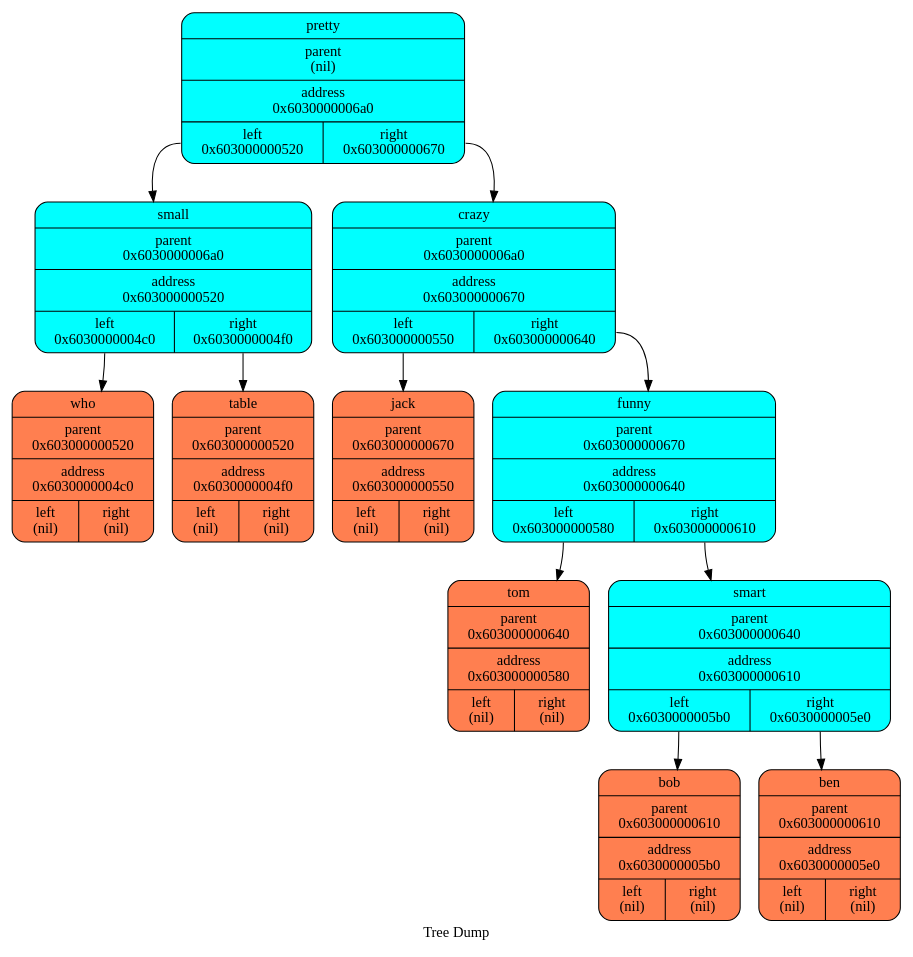
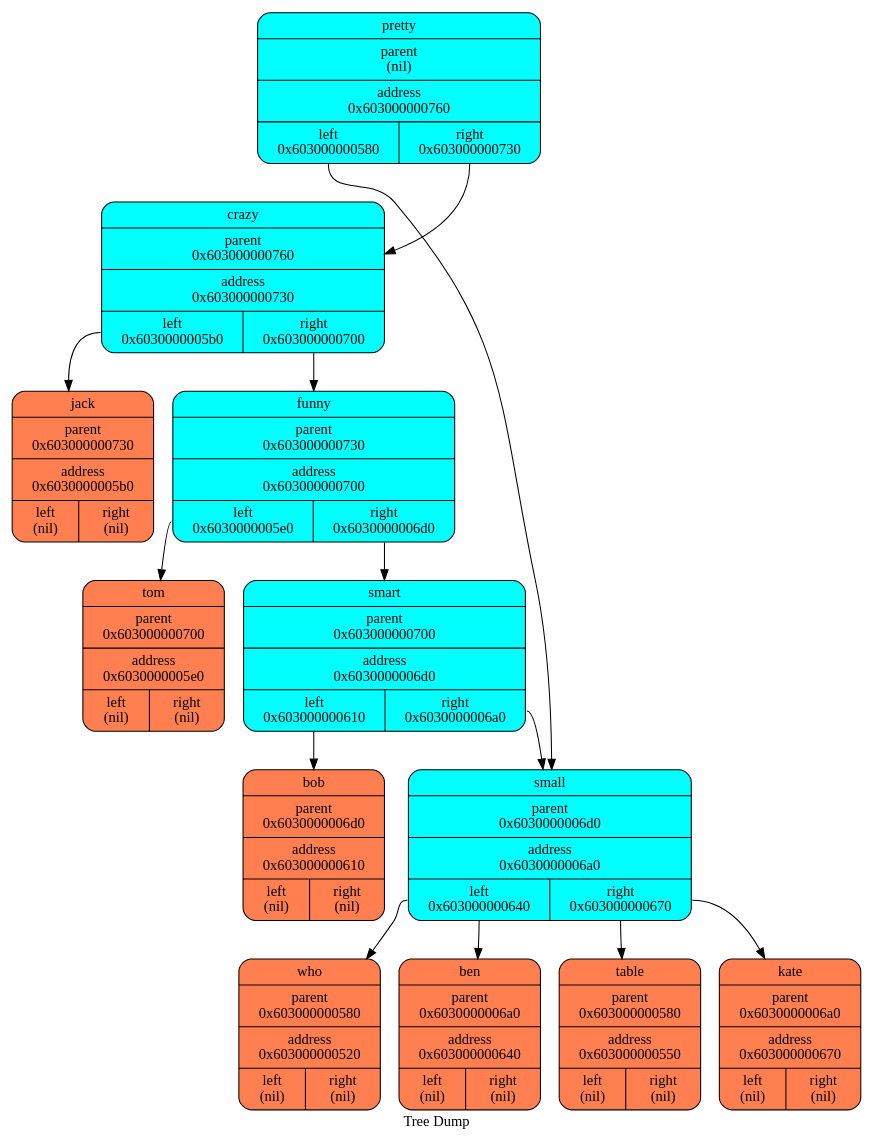
One commit to aidenfmunro/Akinator changed the diagram in log/dot/treegraph_1.dot. Above: the diagram before and after it, drawn with Graphviz. The commit also changed 6 other files, not shown here.

```diff
--- a/log/dot/treegraph_1.dot
+++ b/log/dot/treegraph_1.dot
@@ -1,27 +1,31 @@
   digraph tree  {
   node[   shape     = "Mrecord",  style     = "filled",  fillcolor = "aqua",  fontcolor = "#000000",  margin    = "0.075"];
   rankdir   = "TB";
 
   label     = "Tree Dump";
- "pretty" [shape = "Mrecord", label = "{<name>pretty | parent\n(nil) | <f0> address\n0x6030000006a0| {<left>left\n0x603000000520 | <right>right\n0x603000000670\n}}"];
+ "pretty" [shape = "Mrecord", label = "{<name>pretty | parent\n(nil) | <f0> address\n0x603000000760| {<left>left\n0x603000000580 | <right>right\n0x603000000730\n}}"];
   "pretty":left->"small";
- "small" [shape = "Mrecord", label = "{<name>small | parent\n0x6030000006a0 | <f0> address\n0x603000000520| {<left>left\n0x6030000004c0 | <right>right\n0x6030000004f0\n}}"];
+ "small" [shape = "Mrecord", label = "{<name>small | parent\n0x603000000760 | <f0> address\n0x603000000580| {<left>left\n0x603000000520 | <right>right\n0x603000000550\n}}"];
   "small":left->"who";
- "who" [shape = "Mrecord", fillcolor = "coral", label = "{<name>who | parent\n0x603000000520 | <f0> address\n0x6030000004c0| {<left>left\n(nil) | <right>right\n(nil)\n}}"];
+ "who" [shape = "Mrecord", fillcolor = "coral", label = "{<name>who | parent\n0x603000000580 | <f0> address\n0x603000000520| {<left>left\n(nil) | <right>right\n(nil)\n}}"];
   "small":right->"table";
- "table" [shape = "Mrecord", fillcolor = "coral", label = "{<name>table | parent\n0x603000000520 | <f0> address\n0x6030000004f0| {<left>left\n(nil) | <right>right\n(nil)\n}}"];
+ "table" [shape = "Mrecord", fillcolor = "coral", label = "{<name>table | parent\n0x603000000580 | <f0> address\n0x603000000550| {<left>left\n(nil) | <right>right\n(nil)\n}}"];
   "pretty":right->"crazy";
- "crazy" [shape = "Mrecord", label = "{<name>crazy | parent\n0x6030000006a0 | <f0> address\n0x603000000670| {<left>left\n0x603000000550 | <right>right\n0x603000000640\n}}"];
+ "crazy" [shape = "Mrecord", label = "{<name>crazy | parent\n0x603000000760 | <f0> address\n0x603000000730| {<left>left\n0x6030000005b0 | <right>right\n0x603000000700\n}}"];
   "crazy":left->"jack";
- "jack" [shape = "Mrecord", fillcolor = "coral", label = "{<name>jack | parent\n0x603000000670 | <f0> address\n0x603000000550| {<left>left\n(nil) | <right>right\n(nil)\n}}"];
+ "jack" [shape = "Mrecord", fillcolor = "coral", label = "{<name>jack | parent\n0x603000000730 | <f0> address\n0x6030000005b0| {<left>left\n(nil) | <right>right\n(nil)\n}}"];
   "crazy":right->"funny";
- "funny" [shape = "Mrecord", label = "{<name>funny | parent\n0x603000000670 | <f0> address\n0x603000000640| {<left>left\n0x603000000580 | <right>right\n0x603000000610\n}}"];
+ "funny" [shape = "Mrecord", label = "{<name>funny | parent\n0x603000000730 | <f0> address\n0x603000000700| {<left>left\n0x6030000005e0 | <right>right\n0x6030000006d0\n}}"];
   "funny":left->"tom";
- "tom" [shape = "Mrecord", fillcolor = "coral", label = "{<name>tom | parent\n0x603000000640 | <f0> address\n0x603000000580| {<left>left\n(nil) | <right>right\n(nil)\n}}"];
+ "tom" [shape = "Mrecord", fillcolor = "coral", label = "{<name>tom | parent\n0x603000000700 | <f0> address\n0x6030000005e0| {<left>left\n(nil) | <right>right\n(nil)\n}}"];
   "funny":right->"smart";
- "smart" [shape = "Mrecord", label = "{<name>smart | parent\n0x603000000640 | <f0> address\n0x603000000610| {<left>left\n0x6030000005b0 | <right>right\n0x6030000005e0\n}}"];
+ "smart" [shape = "Mrecord", label = "{<name>smart | parent\n0x603000000700 | <f0> address\n0x6030000006d0| {<left>left\n0x603000000610 | <right>right\n0x6030000006a0\n}}"];
   "smart":left->"bob";
- "bob" [shape = "Mrecord", fillcolor = "coral", label = "{<name>bob | parent\n0x603000000610 | <f0> address\n0x6030000005b0| {<left>left\n(nil) | <right>right\n(nil)\n}}"];
-  "smart":right->"ben";
- "ben" [shape = "Mrecord", fillcolor = "coral", label = "{<name>ben | parent\n0x603000000610 | <f0> address\n0x6030000005e0| {<left>left\n(nil) | <right>right\n(nil)\n}}"];
+ "bob" [shape = "Mrecord", fillcolor = "coral", label = "{<name>bob | parent\n0x6030000006d0 | <f0> address\n0x603000000610| {<left>left\n(nil) | <right>right\n(nil)\n}}"];
+  "smart":right->"small";
+ "small" [shape = "Mrecord", label = "{<name>small | parent\n0x6030000006d0 | <f0> address\n0x6030000006a0| {<left>left\n0x603000000640 | <right>right\n0x603000000670\n}}"];
+  "small":left->"ben";
+ "ben" [shape = "Mrecord", fillcolor = "coral", label = "{<name>ben | parent\n0x6030000006a0 | <f0> address\n0x603000000640| {<left>left\n(nil) | <right>right\n(nil)\n}}"];
+  "small":right->"kate";
+ "kate" [shape = "Mrecord", fillcolor = "coral", label = "{<name>kate | parent\n0x6030000006a0 | <f0> address\n0x603000000670| {<left>left\n(nil) | <right>right\n(nil)\n}}"];
   }
```
